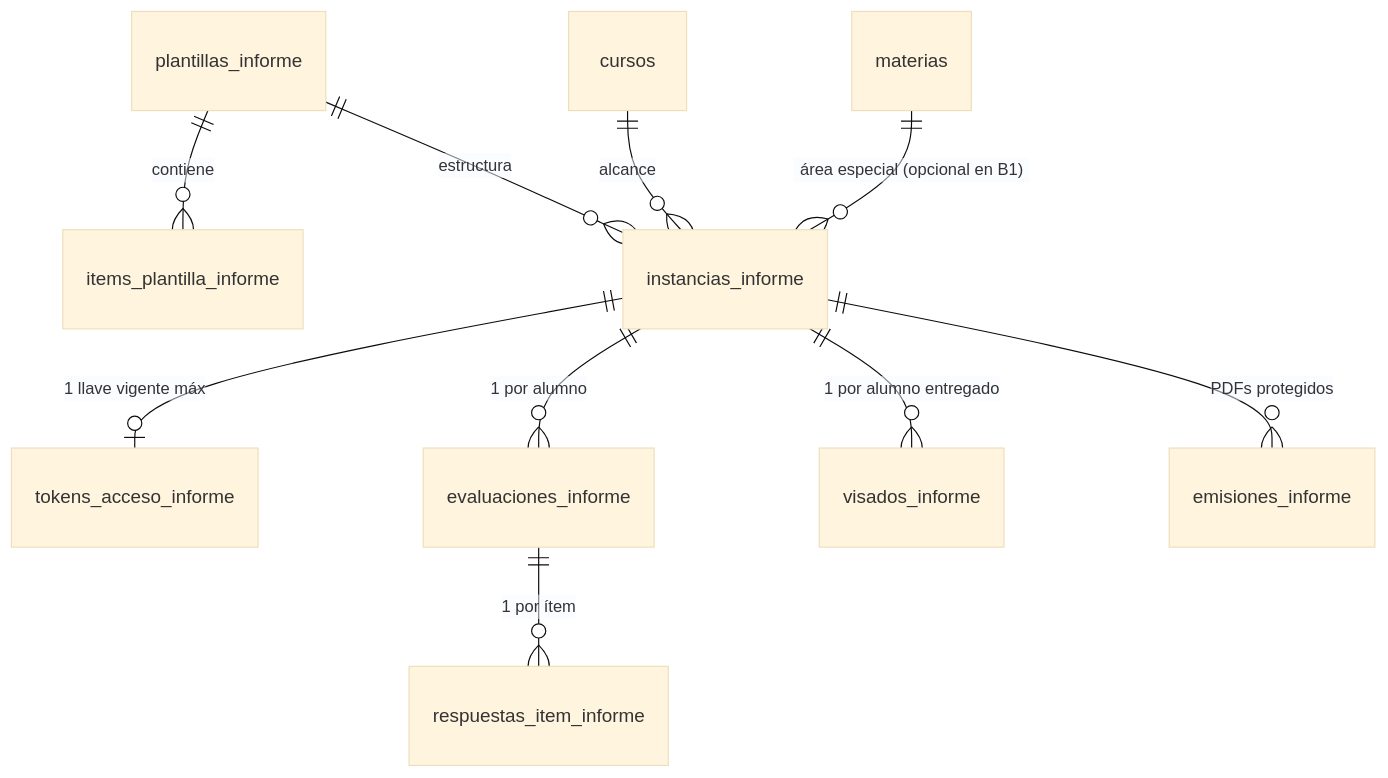
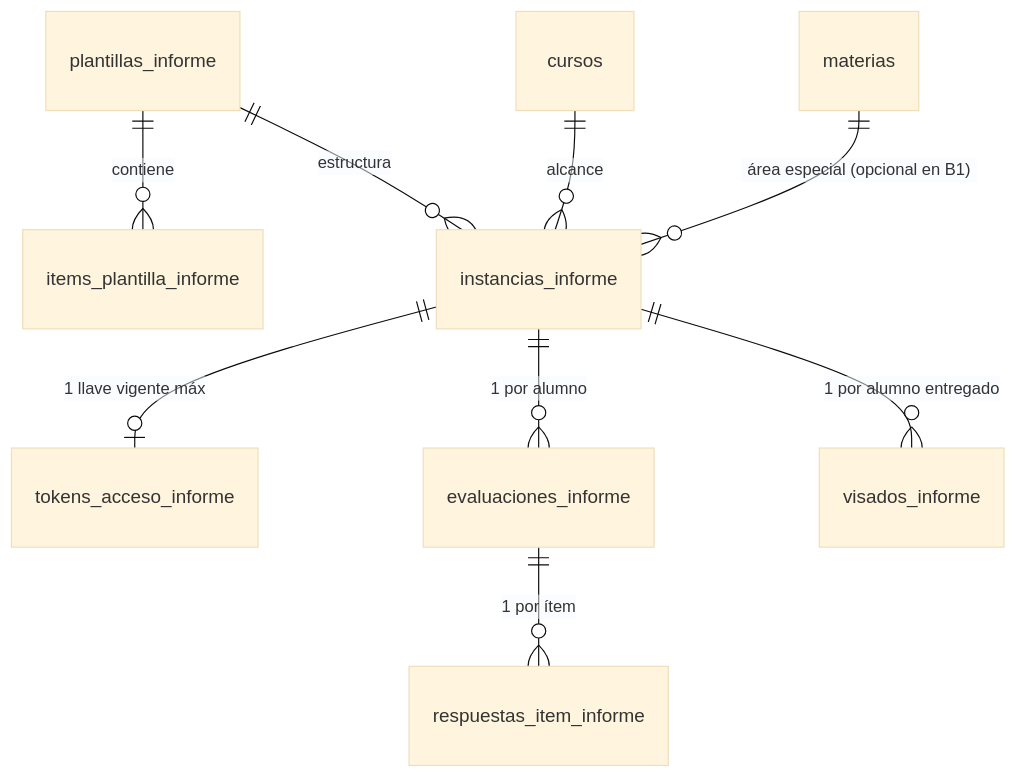
One commit to andresanni/crecer-y-ser changed the diagram in docs/teacher-reports-plan.md. Above: the diagram before and after it, drawn with Mermaid (base theme). The commit also changed other lines of this file and 43 other files, not shown here.

````diff
--- a/docs/teacher-reports-plan.md
+++ b/docs/teacher-reports-plan.md
@@ -62,12 +62,11 @@
 ```mermaid
 erDiagram
     plantillas_informe ||--o{ items_plantilla_informe : "contiene"
     plantillas_informe ||--o{ instancias_informe : "estructura"
     cursos ||--o{ instancias_informe : "alcance"
     materias ||--o{ instancias_informe : "área especial (opcional en B1)"
     instancias_informe ||--o| tokens_acceso_informe : "1 llave vigente máx"
     instancias_informe ||--o{ evaluaciones_informe : "1 por alumno"
     evaluaciones_informe ||--o{ respuestas_item_informe : "1 por ítem"
     instancias_informe ||--o{ visados_informe : "1 por alumno entregado"
-    instancias_informe ||--o{ emisiones_informe : "PDFs protegidos"
 ```
````
